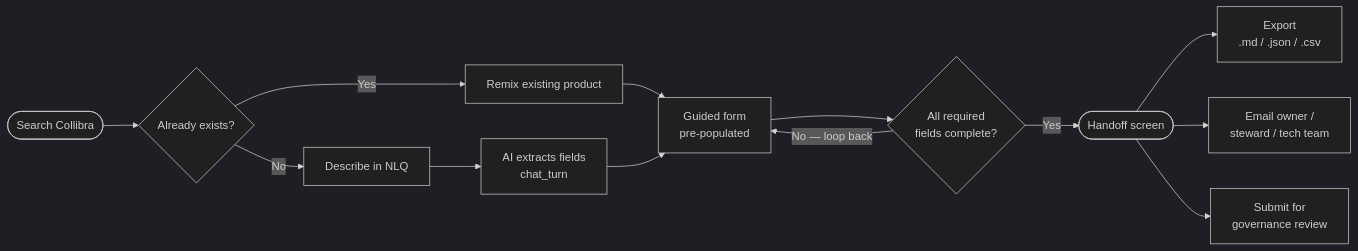
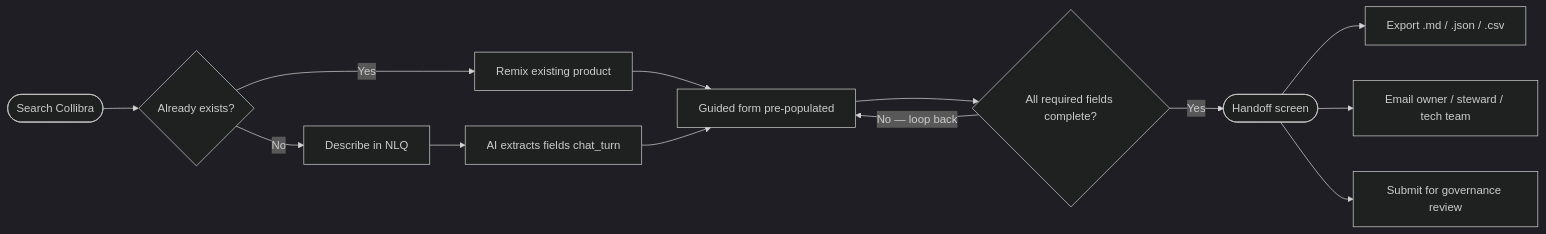
One commit to vm799/data-product-concierge changed the first of 4 diagrams in ROADMAP.md. Above: the diagram before and after it, drawn with Mermaid (dark theme). The commit also changed other lines of this file and 1 other file, not shown here.

````diff
--- a/ROADMAP.md
+++ b/ROADMAP.md
@@ -117,15 +107,15 @@
 ```mermaid
 flowchart LR
     A([Search Collibra]) --> B{Already exists?}
     B -->|Yes| C[Remix existing product]
     B -->|No| D[Describe in NLQ]
-    C --> F[Guided form\npre-populated]
-    D --> E[AI extracts fields\nchat_turn]
+    C --> F[Guided form pre-populated]
+    D --> E[AI extracts fields chat_turn]
     E --> F
-    F --> G{All required\nfields complete?}
+    F --> G{All required fields complete?}
     G -->|No — loop back| F
     G -->|Yes| H([Handoff screen])
-    H --> I[Export\n.md / .json / .csv]
-    H --> J[Email owner /\nsteward / tech team]
-    H --> K[Submit for\ngovernance review]
+    H --> I[Export .md / .json / .csv]
+    H --> J[Email owner / steward / tech team]
+    H --> K[Submit for governance review]
 ```
````
